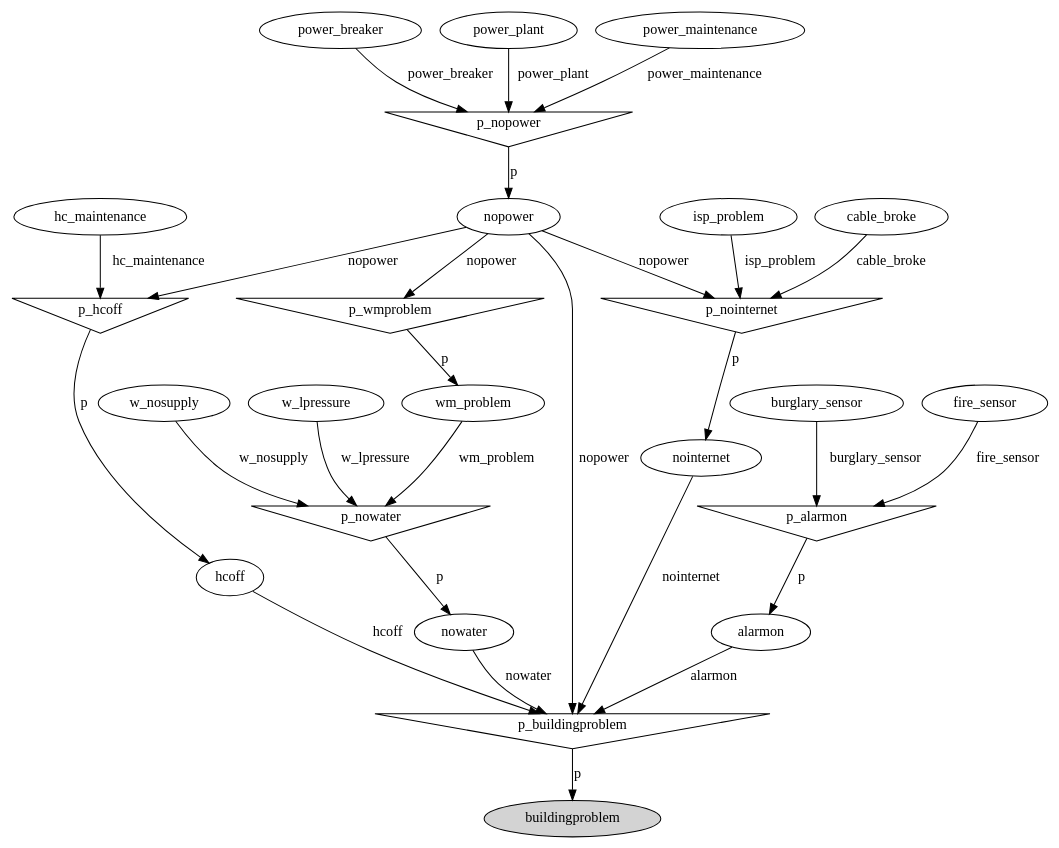
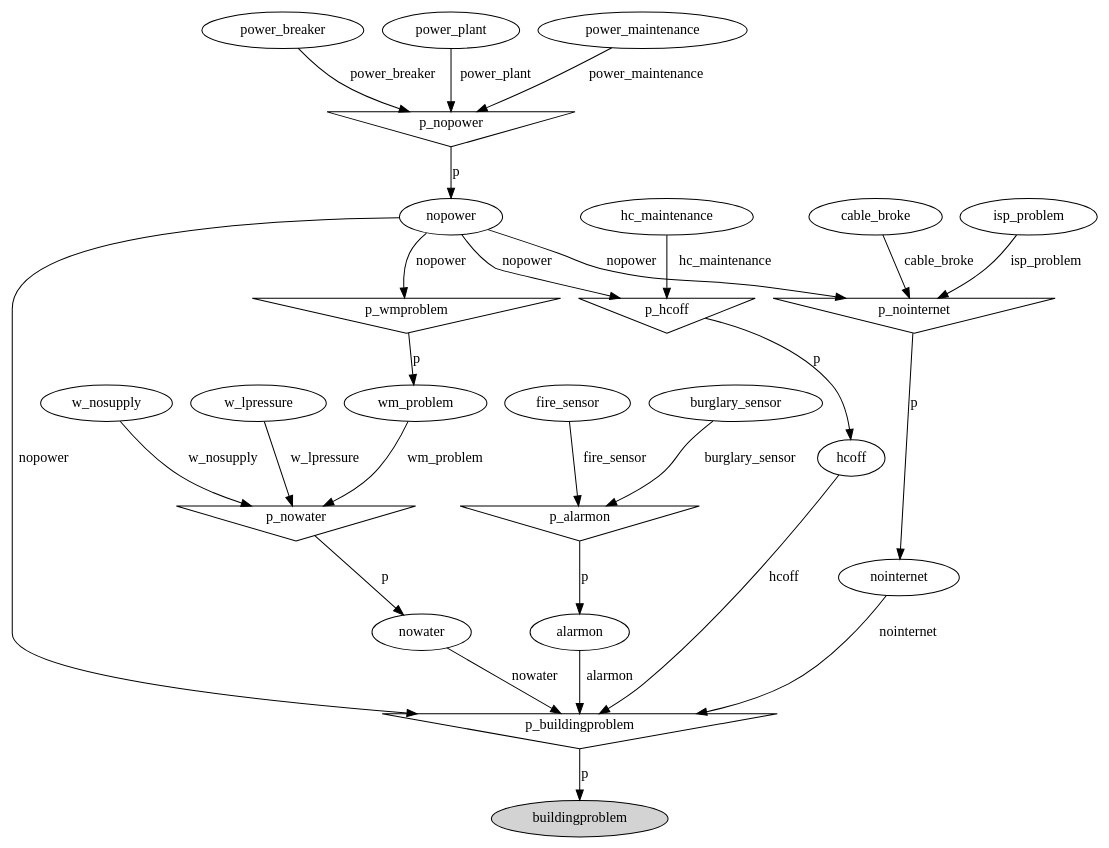
The diagram in container.dot (rolisanchez/ai-project-mcmc), drawn with Graphviz before and after one commit. The commit also changed other lines of this file and 76 other files, not shown here.

```diff
--- a/container.dot
+++ b/container.dot
@@ -1,52 +1,52 @@
 digraph G {
-cable_broke;
 w_nosupply;
+p_nowater [shape=invtriangle];
+w_lpressure;
+w_lpressure -> p_nowater  [label=w_lpressure];
+w_nosupply -> p_nowater  [label=w_nosupply];
+wm_problem;
+wm_problem -> p_nowater  [label=wm_problem];
+p_wmproblem [shape=invtriangle];
+p_wmproblem -> wm_problem  [label=p];
 nopower;
+nopower -> p_wmproblem  [label=nopower];
 p_nopower [shape=invtriangle];
 p_nopower -> nopower  [label=p];
 power_breaker;
 power_breaker -> p_nopower  [label=power_breaker];
 power_plant;
 power_plant -> p_nopower  [label=power_plant];
 power_maintenance;
 power_maintenance -> p_nopower  [label=power_maintenance];
-burglary_sensor;
 nowater;
-p_nowater [shape=invtriangle];
 p_nowater -> nowater  [label=p];
-w_lpressure;
-w_lpressure -> p_nowater  [label=w_lpressure];
-w_nosupply -> p_nowater  [label=w_nosupply];
-wm_problem;
-wm_problem -> p_nowater  [label=wm_problem];
-p_wmproblem [shape=invtriangle];
-p_wmproblem -> wm_problem  [label=p];
-nopower -> p_wmproblem  [label=nopower];
-buildingproblem [style=filled];
 p_buildingproblem [shape=invtriangle];
-p_buildingproblem -> buildingproblem  [label=p];
 alarmon;
 alarmon -> p_buildingproblem  [label=alarmon];
 p_alarmon [shape=invtriangle];
 p_alarmon -> alarmon  [label=p];
 fire_sensor;
 fire_sensor -> p_alarmon  [label=fire_sensor];
+burglary_sensor;
 burglary_sensor -> p_alarmon  [label=burglary_sensor];
 hcoff;
 hcoff -> p_buildingproblem  [label=hcoff];
 p_hcoff [shape=invtriangle];
 p_hcoff -> hcoff  [label=p];
 hc_maintenance;
 hc_maintenance -> p_hcoff  [label=hc_maintenance];
 nopower -> p_hcoff  [label=nopower];
 nointernet;
 nointernet -> p_buildingproblem  [label=nointernet];
 p_nointernet [shape=invtriangle];
 p_nointernet -> nointernet  [label=p];
 nopower -> p_nointernet  [label=nopower];
+cable_broke;
 cable_broke -> p_nointernet  [label=cable_broke];
 isp_problem;
 isp_problem -> p_nointernet  [label=isp_problem];
 nowater -> p_buildingproblem  [label=nowater];
 nopower -> p_buildingproblem  [label=nopower];
+buildingproblem [style=filled];
+p_buildingproblem -> buildingproblem  [label=p];
 }
```
